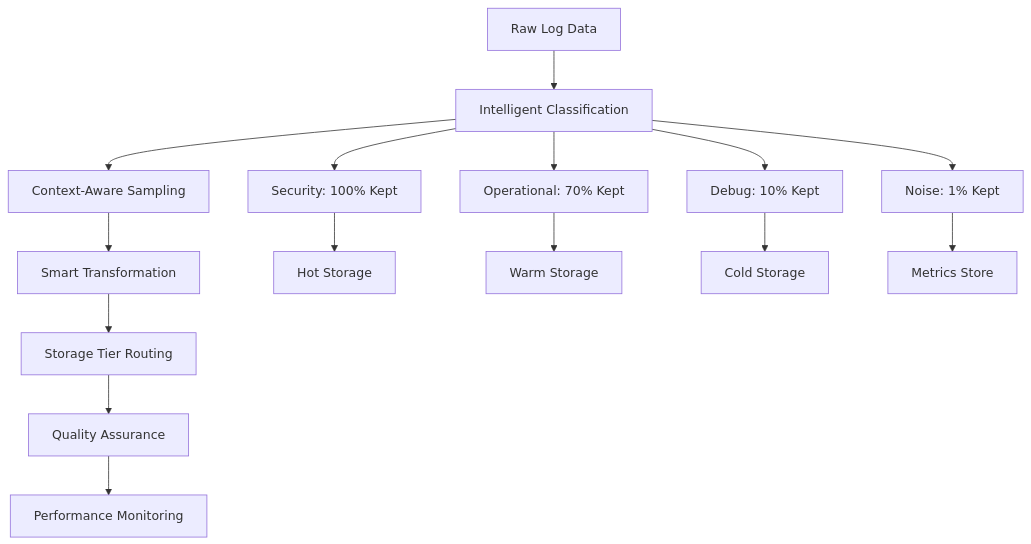
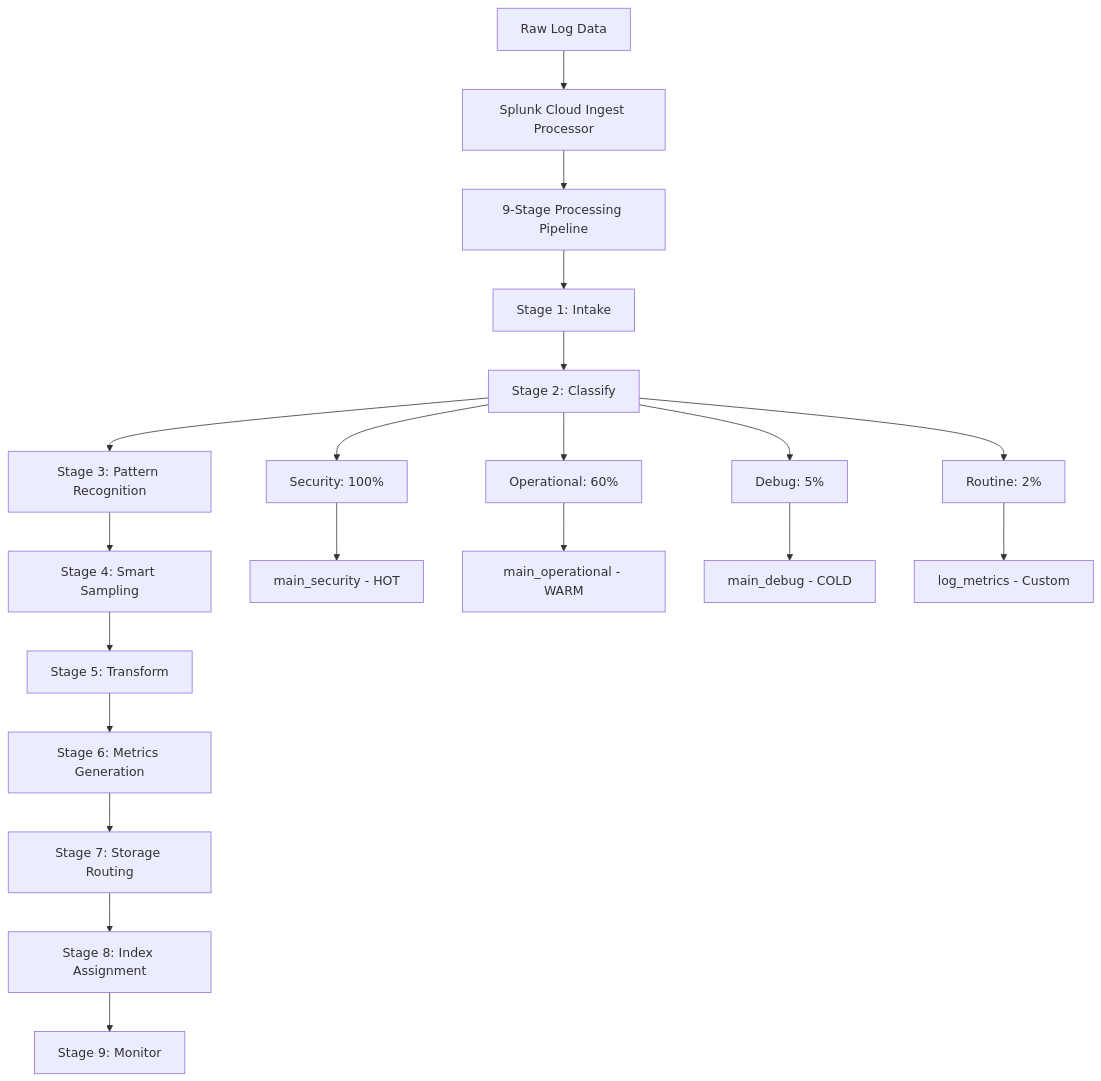
One commit to srikar0611/Intelligent_Log_Volume_Optimization_SPL2_Pipeline changed the diagram in README.md. Above: the diagram before and after it, drawn with Mermaid. The commit also changed other lines of this file, not shown here.

````diff
--- a/README.md
+++ b/README.md
@@ -77,19 +71,25 @@
 ```mermaid
 graph TD
-    A[Raw Log Data] --> B[Intelligent Classification]
-    B --> C[Context-Aware Sampling]
-    C --> D[Smart Transformation]
-    D --> E[Storage Tier Routing]
-    E --> F[Quality Assurance]
-    F --> G[Performance Monitoring]
+    A[Raw Log Data] --> B[Splunk Cloud Ingest Processor]
+    B --> C[9-Stage Processing Pipeline]
     
-    B --> H[Security: 100% Kept]
-    B --> I[Operational: 70% Kept]
-    B --> J[Debug: 10% Kept]
-    B --> K[Noise: 1% Kept]
+    C --> D[Stage 1: Intake]
+    D --> E[Stage 2: Classify]
+    E --> F[Stage 3: Pattern Recognition]
+    F --> G[Stage 4: Smart Sampling]
+    G --> H[Stage 5: Transform]
+    H --> I[Stage 6: Metrics Generation]
+    I --> J[Stage 7: Storage Routing]
+    J --> K[Stage 8: Index Assignment]
+    K --> L[Stage 9: Monitor]
     
-    H --> L[Hot Storage]
-    I --> M[Warm Storage]
-    J --> N[Cold Storage]
-    K --> O[Metrics Store]
+    E --> M[Security: 100%]
+    E --> N[Operational: 60%]
+    E --> O[Debug: 5%]
+    E --> P[Routine: 2%]
+    
+    M --> Q[main_security - HOT]
+    N --> R[main_operational - WARM]
+    O --> S[main_debug - COLD]
+    P --> T[log_metrics - Custom]
 ```
````
